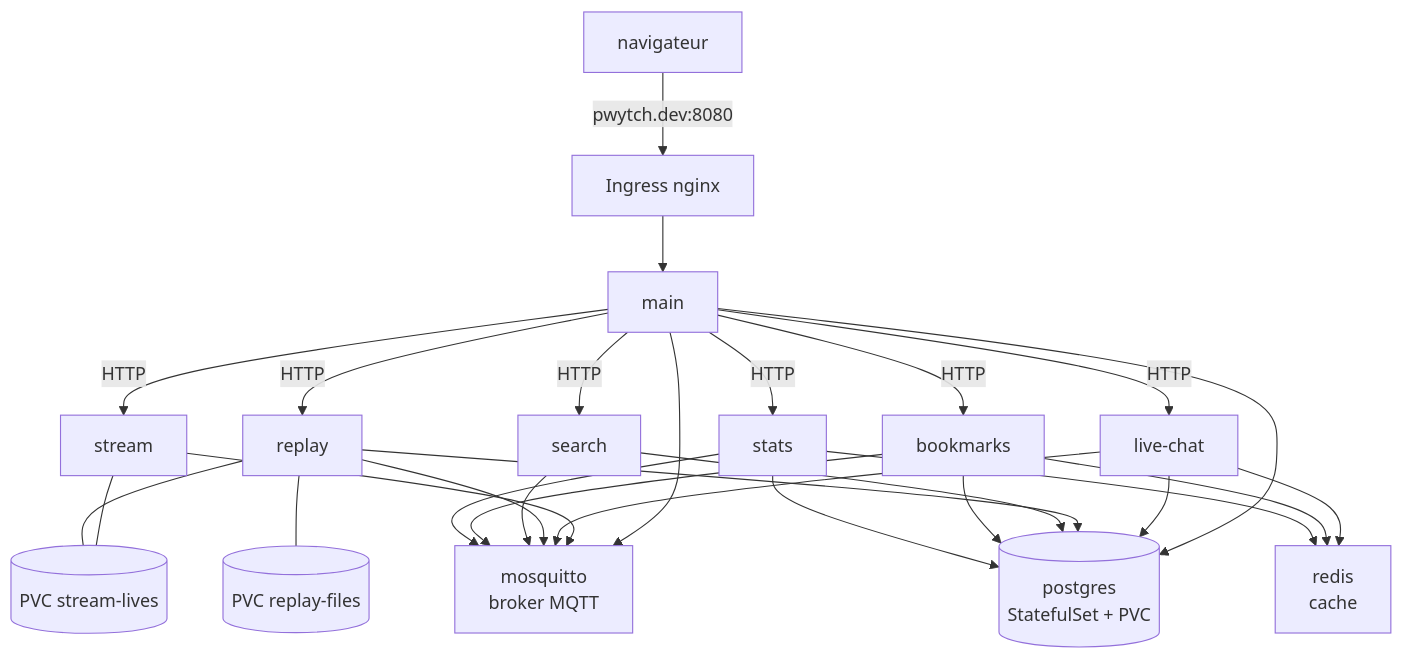
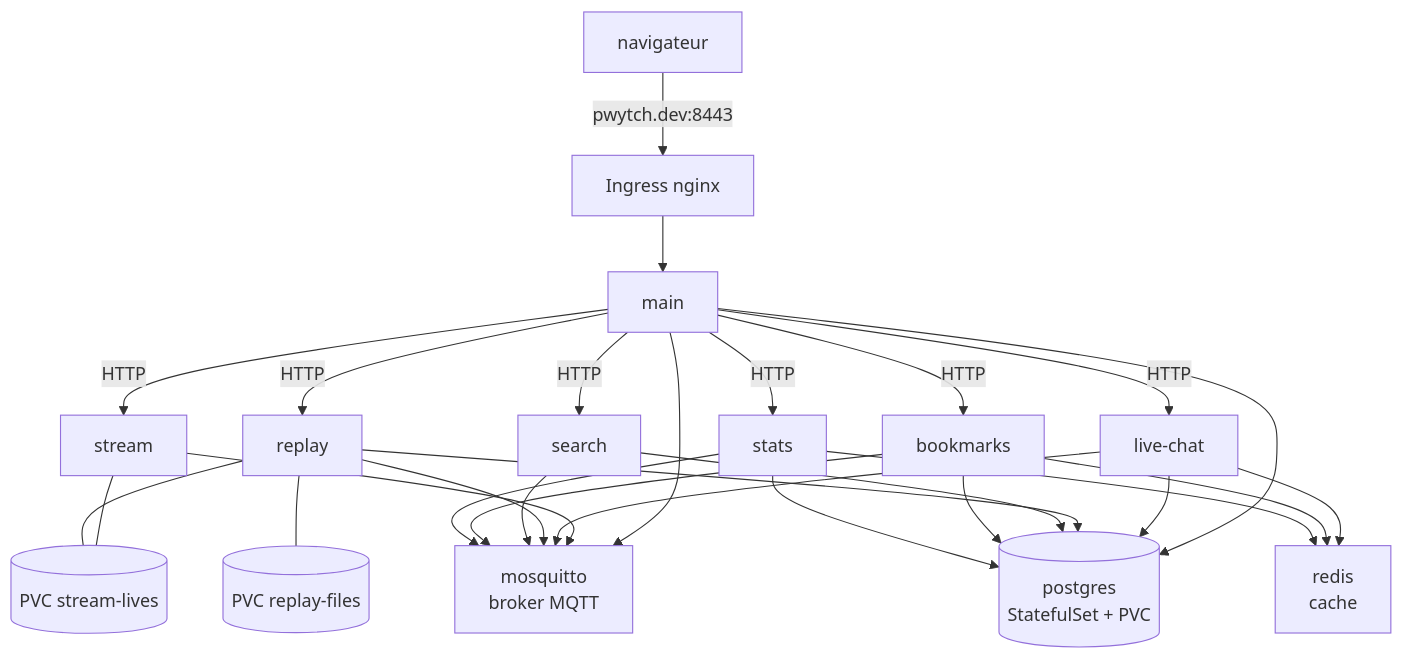
One commit to Bilnaa/pwytch-cd changed the second of 2 diagrams in README.md. Above: the diagram before and after it, drawn with Mermaid. The commit also changed other lines of this file and 6 other files, not shown here.

````diff
--- a/README.md
+++ b/README.md
@@ -32,12 +32,12 @@
 ```mermaid
 flowchart TB
-  user[navigateur] -->|pwytch.dev:8080| ing[Ingress nginx]
+  user[navigateur] -->|pwytch.dev:8443| ing[Ingress nginx]
   ing --> main
   main -->|HTTP| stream & livechat[live-chat] & replay & search & bookmarks & stats
   main & livechat & replay & search & bookmarks & stats --> pg[(postgres<br/>StatefulSet + PVC)]
   livechat & bookmarks & stats --> redis[redis<br/>cache]
   main & stream & livechat & replay & search & bookmarks & stats --> mqtt[mosquitto<br/>broker MQTT]
   stream --- lives[(PVC stream-lives)]
   replay --- lives
   replay --- rf[(PVC replay-files)]
 ```
````
